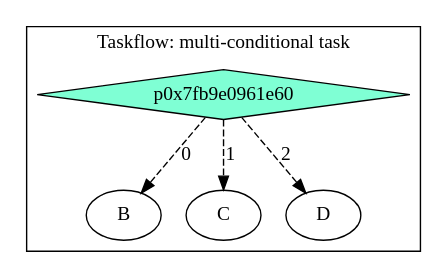
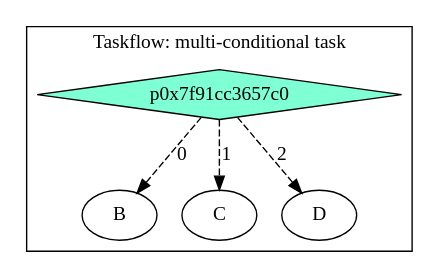
Before and after one commit to xuexcy/learning_taskflow: the diagram in task_graph/multi_condition.dot, drawn with Graphviz. The commit also changed 51 other files, not shown here.

```diff
--- a/task_graph/multi_condition.dot
+++ b/task_graph/multi_condition.dot
@@ -1,12 +1,12 @@
 digraph Taskflow {
-subgraph cluster_p0x7ff7bc0a15a8 {
+subgraph cluster_p0x7ff7b94cf2a8 {
 label="Taskflow: multi-conditional task";
-p0x7fb9e0961e60[label="p0x7fb9e0961e60" shape=diamond color=black fillcolor=aquamarine style=filled];
-p0x7fb9e0961e60 -> p0x7fb9e0961d50 [style=dashed label="0"];
-p0x7fb9e0961e60 -> p0x7fb9e0961c40 [style=dashed label="1"];
-p0x7fb9e0961e60 -> p0x7fb9e0961b30 [style=dashed label="2"];
-p0x7fb9e0961d50[label="B" ];
-p0x7fb9e0961c40[label="C" ];
-p0x7fb9e0961b30[label="D" ];
+p0x7f91cc3657c0[label="p0x7f91cc3657c0" shape=diamond color=black fillcolor=aquamarine style=filled];
+p0x7f91cc3657c0 -> p0x7f91cc3658d0 [style=dashed label="0"];
+p0x7f91cc3657c0 -> p0x7f91cc3656b0 [style=dashed label="1"];
+p0x7f91cc3657c0 -> p0x7f91cc3659e0 [style=dashed label="2"];
+p0x7f91cc3658d0[label="B" ];
+p0x7f91cc3656b0[label="C" ];
+p0x7f91cc3659e0[label="D" ];
 }
 }
```
